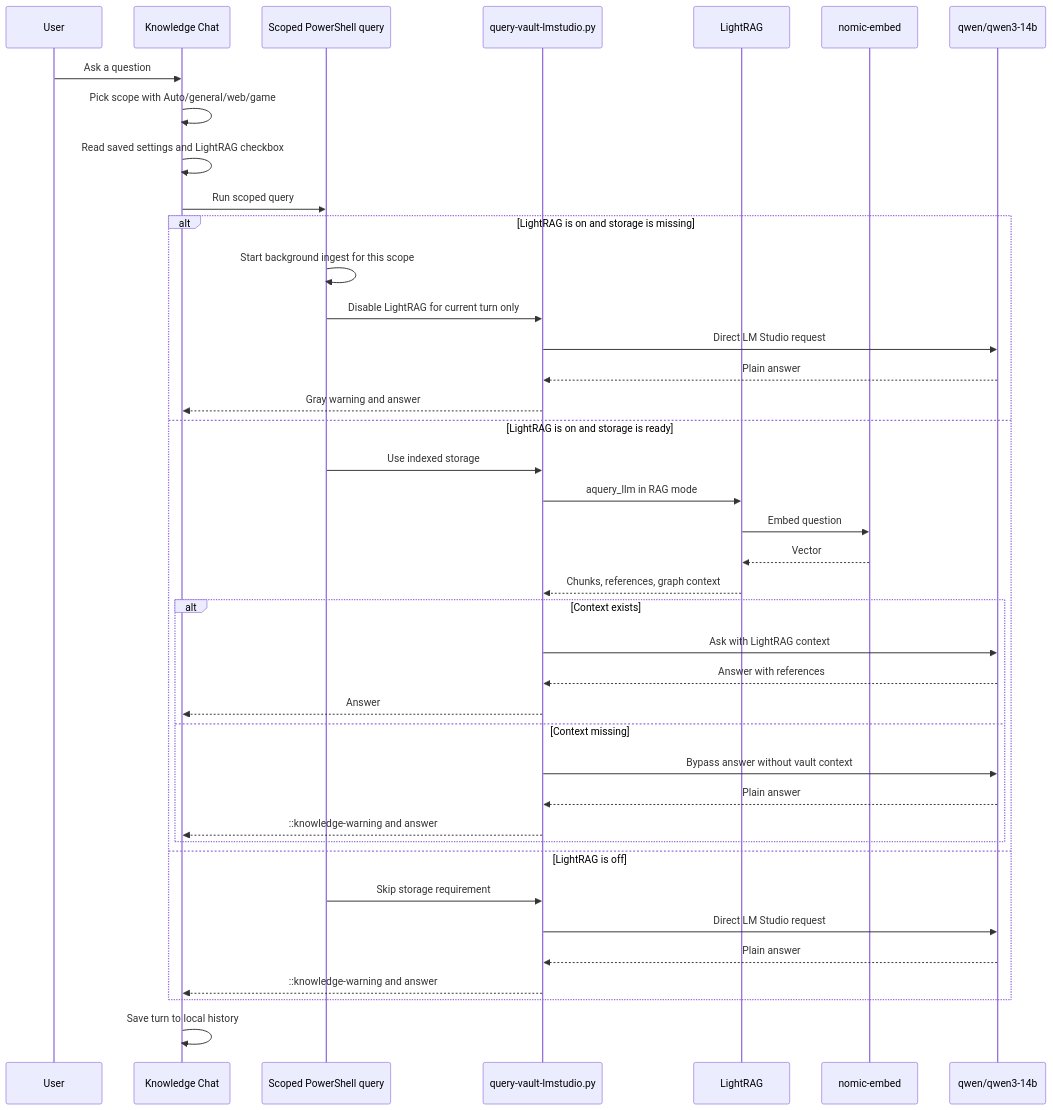
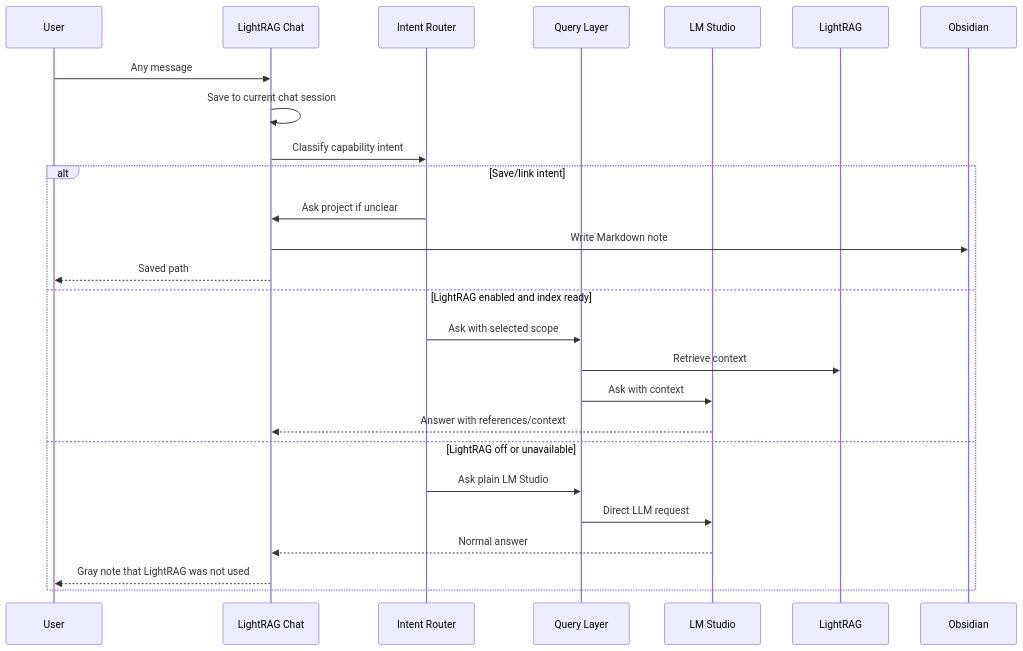
The second of 2 diagrams in ARCHITECTURE.md (VxHxS/KnowledgeLab), drawn with Mermaid before and after one commit. The commit also changed other lines of this file and 12 other files, not shown here.

Commit message:
005 redesign chat architecture and installer notes

````diff
--- a/ARCHITECTURE.md
+++ b/ARCHITECTURE.md
@@ -105,43 +81,29 @@
 ```mermaid
 sequenceDiagram
     participant U as User
-    participant GUI as Knowledge Chat
-    participant PS as Scoped PowerShell query
-    participant Q as query-vault-lmstudio.py
-    participant R as LightRAG
-    participant E as nomic-embed
-    participant L as qwen/qwen3-14b
+    participant GUI as LightRAG Chat
+    participant R as Intent Router
+    participant Q as Query Layer
+    participant L as LM Studio
+    participant G as LightRAG
+    participant O as Obsidian
 
-    U->>GUI: Ask a question
-    GUI->>GUI: Pick scope with Auto/general/web/game
-    GUI->>GUI: Read saved settings and LightRAG checkbox
-    GUI->>PS: Run scoped query
-    alt LightRAG is on and storage is missing
-        PS->>PS: Start background ingest for this scope
-        PS->>Q: Disable LightRAG for current turn only
-        Q->>L: Direct LM Studio request
-        L-->>Q: Plain answer
-        Q-->>GUI: Gray warning and answer
-    else LightRAG is on and storage is ready
-        PS->>Q: Use indexed storage
-        Q->>R: aquery_llm in RAG mode
-        R->>E: Embed question
-        E-->>R: Vector
-        R-->>Q: Chunks, references, graph context
-        alt Context exists
-            Q->>L: Ask with LightRAG context
-            L-->>Q: Answer with references
-            Q-->>GUI: Answer
-        else Context missing
-            Q->>L: Bypass answer without vault context
-            L-->>Q: Plain answer
-            Q-->>GUI: ::knowledge-warning and answer
-        end
-    else LightRAG is off
-        PS->>Q: Skip storage requirement
-        Q->>L: Direct LM Studio request
-        L-->>Q: Plain answer
-        Q-->>GUI: ::knowledge-warning and answer
+    U->>GUI: Any message
+    GUI->>GUI: Save to current chat session
+    GUI->>R: Classify capability intent
+    alt Save/link intent
+        R->>GUI: Ask project if unclear
+        GUI->>O: Write Markdown note
+        GUI-->>U: Saved path
+    else LightRAG enabled and index ready
+        R->>Q: Ask with selected scope
+        Q->>G: Retrieve context
+        Q->>L: Ask with context
+        L-->>GUI: Answer with references/context
+    else LightRAG off or unavailable
+        R->>Q: Ask plain LM Studio
+        Q->>L: Direct LLM request
+        L-->>GUI: Normal answer
+        GUI-->>U: Gray note that LightRAG was not used
     end
-    GUI->>GUI: Save turn to local history
 ```
````
